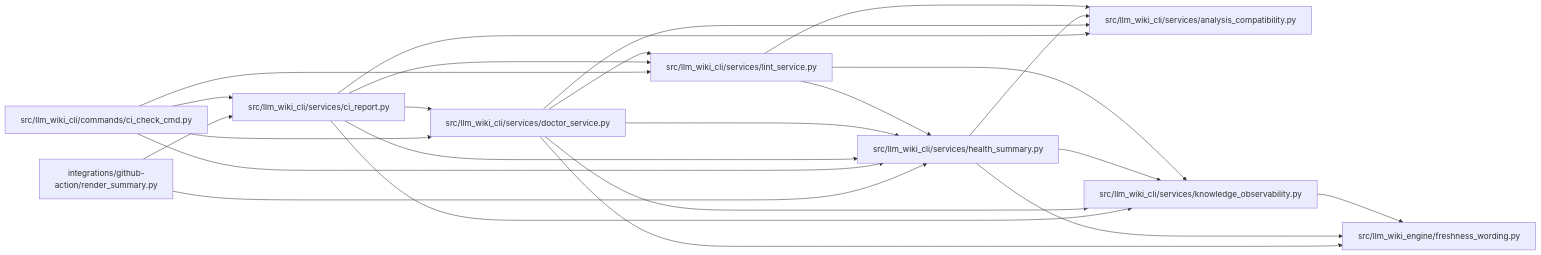
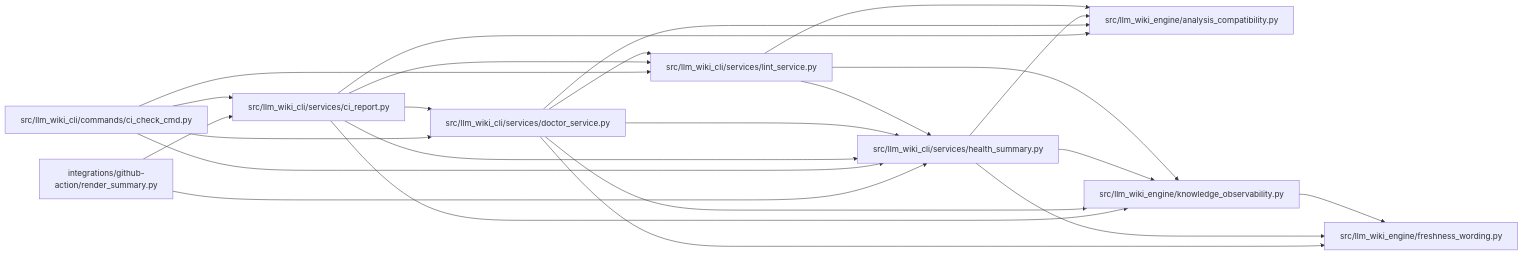
Before and after one commit to Denissvgn/python-wiki-llm: the diagram in docs/llm_wiki/modules/health_summary.md, drawn with Mermaid. The commit also changed other lines of this file and 1058 other files, not shown here.

First line of the commit message:
docs: refresh the wiki for the knowledge store move

````diff
--- a/docs/llm_wiki/modules/health_summary.md
+++ b/docs/llm_wiki/modules/health_summary.md
@@ -34,44 +34,44 @@
 ```mermaid
 flowchart LR
     n0["integrations/github-action/render_summary.py"]
     n1["src/llm_wiki_cli/commands/ci_check_cmd.py"]
-    n2["src/llm_wiki_cli/services/analysis_compatibility.py"]
-    n3["src/llm_wiki_cli/services/ci_report.py"]
-    n4["src/llm_wiki_cli/services/doctor_service.py"]
-    n5["src/llm_wiki_cli/services/health_summary.py"]
-    n6["src/llm_wiki_cli/services/knowledge_observability.py"]
-    n7["src/llm_wiki_cli/services/lint_service.py"]
-    n8["src/llm_wiki_engine/freshness_wording.py"]
-    n0 --> n3
-    n0 --> n5
+    n2["src/llm_wiki_cli/services/ci_report.py"]
+    n3["src/llm_wiki_cli/services/doctor_service.py"]
+    n4["src/llm_wiki_cli/services/health_summary.py"]
+    n5["src/llm_wiki_cli/services/lint_service.py"]
+    n6["src/llm_wiki_engine/analysis_compatibility.py"]
+    n7["src/llm_wiki_engine/freshness_wording.py"]
+    n8["src/llm_wiki_engine/knowledge_observability.py"]
+    n0 --> n2
+    n0 --> n4
+    n1 --> n2
     n1 --> n3
     n1 --> n4
     n1 --> n5
-    n1 --> n7
-    n3 --> n2
+    n2 --> n3
+    n2 --> n4
+    n2 --> n5
+    n2 --> n6
+    n2 --> n8
     n3 --> n4
     n3 --> n5
     n3 --> n6
     n3 --> n7
-    n4 --> n2
-    n4 --> n5
+    n3 --> n8
     n4 --> n6
     n4 --> n7
     n4 --> n8
-    n5 --> n2
+    n5 --> n4
     n5 --> n6
     n5 --> n8
-    n6 --> n8
-    n7 --> n2
-    n7 --> n5
-    n7 --> n6
+    n8 --> n7
     click n0 "../modules/render_summary.md"
     click n1 "../modules/ci_check_cmd.md"
-    click n2 "../modules/analysis_compatibility.md"
-    click n3 "../modules/ci_report.md"
-    click n4 "../modules/doctor_service.md"
-    click n5 "../modules/health_summary.md"
-    click n6 "../modules/knowledge_observability.md"
-    click n7 "../modules/lint_service.md"
-    click n8 "../modules/freshness_wording.md"
+    click n2 "../modules/ci_report.md"
+    click n3 "../modules/doctor_service.md"
+    click n4 "../modules/health_summary.md"
+    click n5 "../modules/lint_service.md"
+    click n6 "../modules/analysis_compatibility.md"
+    click n7 "../modules/freshness_wording.md"
+    click n8 "../modules/knowledge_observability.md"
 ```
````
